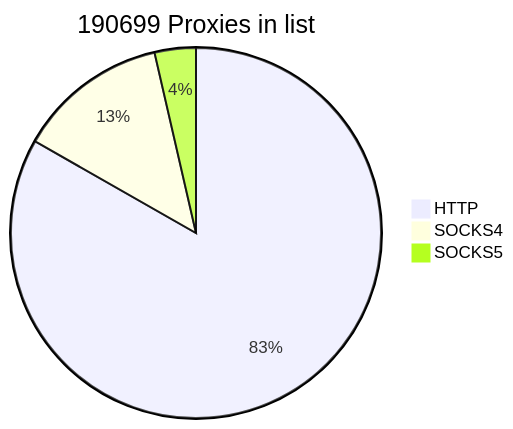
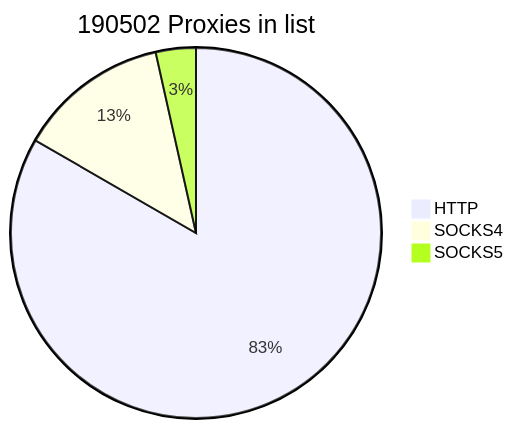
The first of 2 diagrams in README.md (cutipu/proxylist), drawn with Mermaid before and after one commit. The commit also changed other lines of this file, not shown here.

````diff
--- a/README.md
+++ b/README.md
@@ -2,7 +2,7 @@
 ```mermaid
-pie title 190699 Proxies in list
-    "HTTP" : 158735
-    "SOCKS4" : 25104
-    "SOCKS5" : 6860
+pie title 190502 Proxies in list
+    "HTTP" : 158734
+    "SOCKS4" : 25105
+    "SOCKS5" : 6663
             
 ```
````
